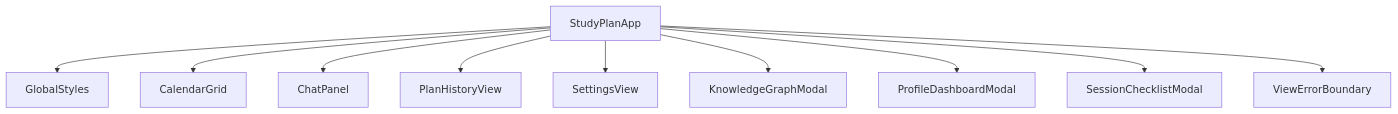
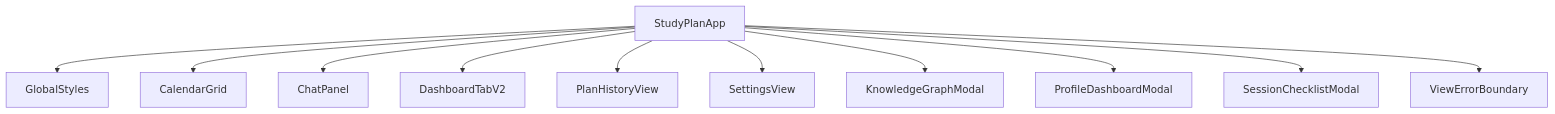
Before and after one commit to SaathiAI/PrivateSkedio: the third of 11 diagrams in Weekly-Study-Planner/frontend_diagram.md, drawn with Mermaid. The commit also changed other lines of this file and 7 other files, not shown here.

````diff
--- a/Weekly-Study-Planner/frontend_diagram.md
+++ b/Weekly-Study-Planner/frontend_diagram.md
@@ -53,14 +64,15 @@
 ```mermaid
 flowchart TB
     StudyPlanApp["StudyPlanApp"]
 
     StudyPlanApp --> GlobalStyles["GlobalStyles"]
     StudyPlanApp --> CalendarGrid["CalendarGrid"]
     StudyPlanApp --> ChatPanel["ChatPanel"]
+    StudyPlanApp --> Dashboard["DashboardTabV2"]
     StudyPlanApp --> PlanHistory["PlanHistoryView"]
     StudyPlanApp --> Settings["SettingsView"]
     StudyPlanApp --> Graph["KnowledgeGraphModal"]
     StudyPlanApp --> Profile["ProfileDashboardModal"]
     StudyPlanApp --> SessionModal["SessionChecklistModal"]
     StudyPlanApp --> ErrorBoundary["ViewErrorBoundary"]
 ```
````
